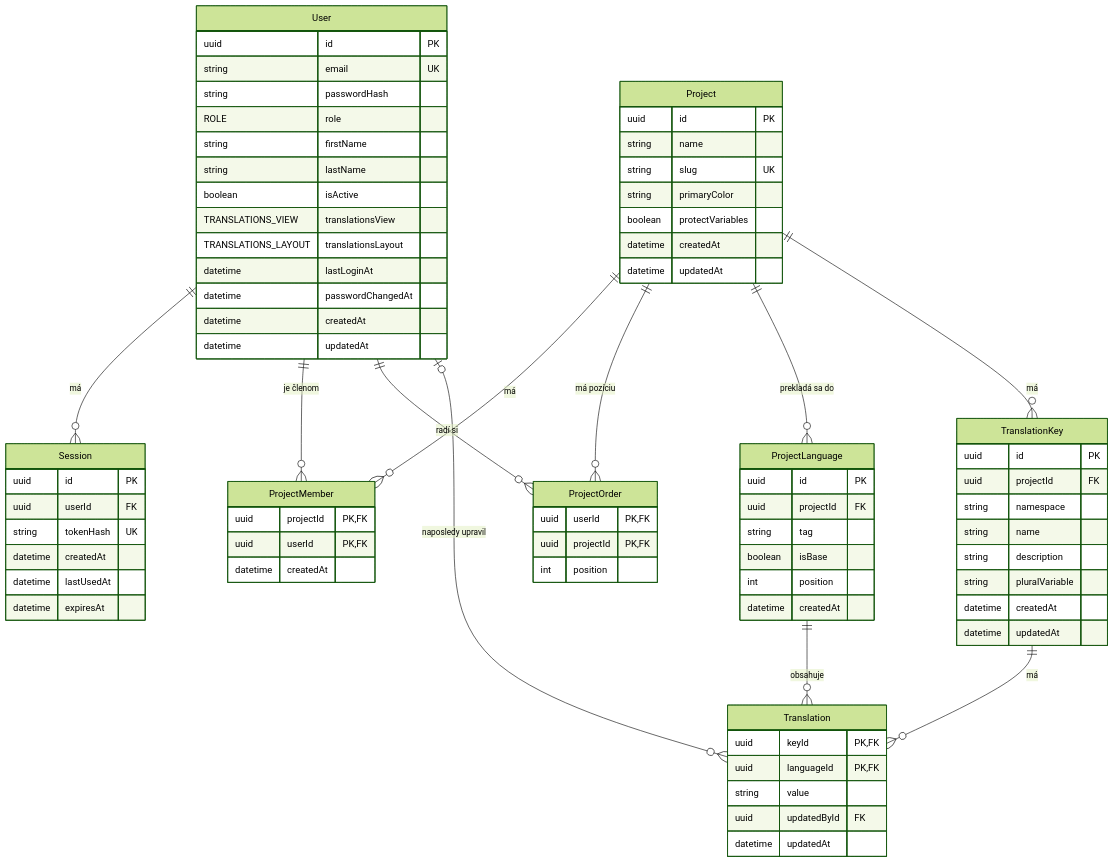
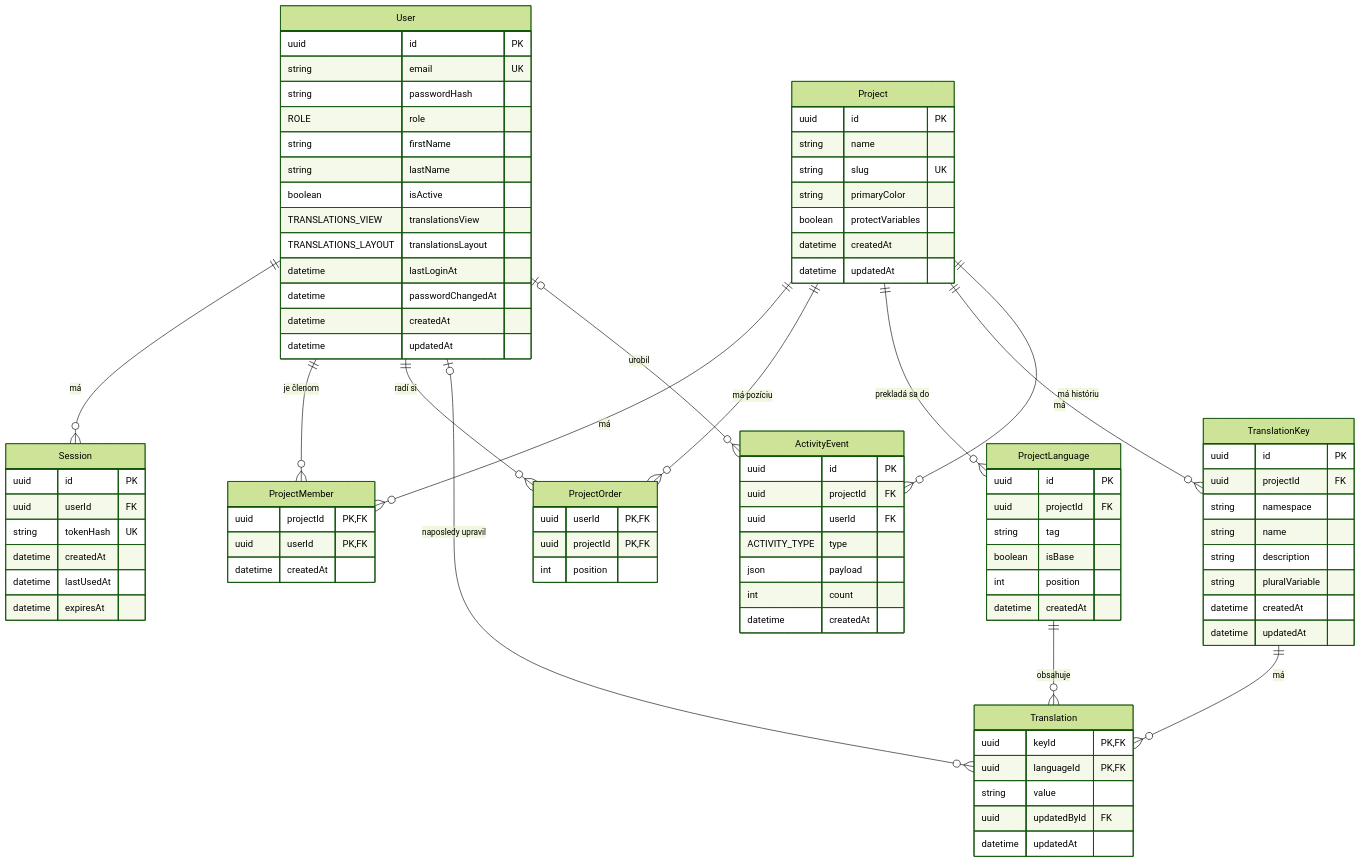
The diagram in docs/database.md (michal-bella/Locale-Admin), drawn with Mermaid (forest theme) before and after one commit. The commit also changed other lines of this file and 19 other files, not shown here.

First line of the commit message:
feat(backend): record project activity events

````diff
--- a/docs/database.md
+++ b/docs/database.md
@@ -159,6 +194,8 @@
     TranslationKey ||--o{ Translation : "má"
     ProjectLanguage ||--o{ Translation : "obsahuje"
     User |o--o{ Translation : "naposledy upravil"
+    Project ||--o{ ActivityEvent : "má históriu"
+    User |o--o{ ActivityEvent : "urobil"
     User {
         uuid id PK
         string email UK
@@ -226,4 +263,13 @@
         uuid updatedById FK
         datetime updatedAt
     }
+    ActivityEvent {
+        uuid id PK
+        uuid projectId FK
+        uuid userId FK
+        ACTIVITY_TYPE type
+        json payload
+        int count
+        datetime createdAt
+    }
 ```
````
